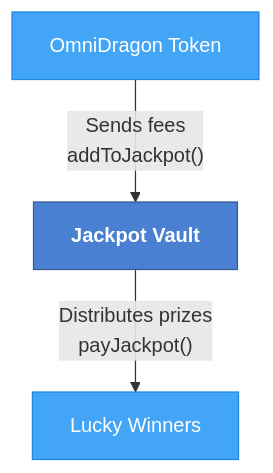
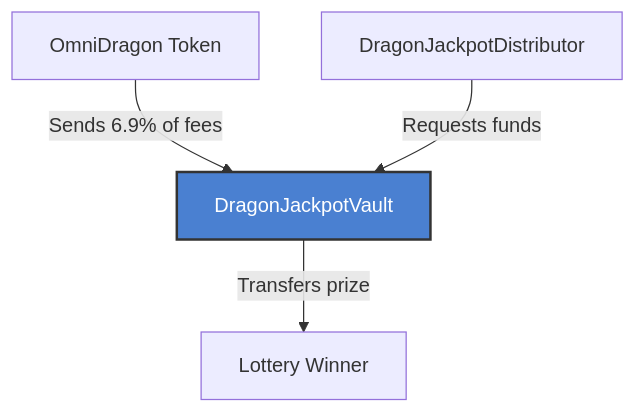
One commit to wenakita/sonicreddragon-docs changed the first of 2 diagrams in docs/contracts/jackpot/vault.md. Above: the diagram before and after it, drawn with Mermaid. The commit also changed other lines of this file and 44 other files, not shown here.

````diff
--- a/docs/contracts/jackpot/vault.md
+++ b/docs/contracts/jackpot/vault.md
@@ -69,12 +13,9 @@
 ```mermaid
-flowchart TB
-    classDef main fill:#4a80d1,stroke:#355899,color:#ffffff,font-weight:bold
-    classDef component fill:#42a5f5,stroke:#1e88e5,color:#ffffff
+flowchart TD
+    OmniDragon["OmniDragon Token"] -->|"Sends 6.9% of fees"| JackpotVault["DragonJackpotVault"]
+    Distributor["DragonJackpotDistributor"] -->|"Requests funds"| JackpotVault
+    JackpotVault -->|"Transfers prize"| Winner["Lottery Winner"]
     
-    OmniDragon["OmniDragon Token"]:::component
-    JackpotVault["Jackpot Vault"]:::main
-    Winners["Lucky Winners"]:::component
-    
-    OmniDragon -->|"Sends fees<br>addToJackpot()"| JackpotVault
-    JackpotVault -->|"Distributes prizes<br>payJackpot()"| Winners
+    classDef highlight fill:#4a80d1,stroke:#333,stroke-width:2px,color:white;
+    class JackpotVault highlight
 ```
````
